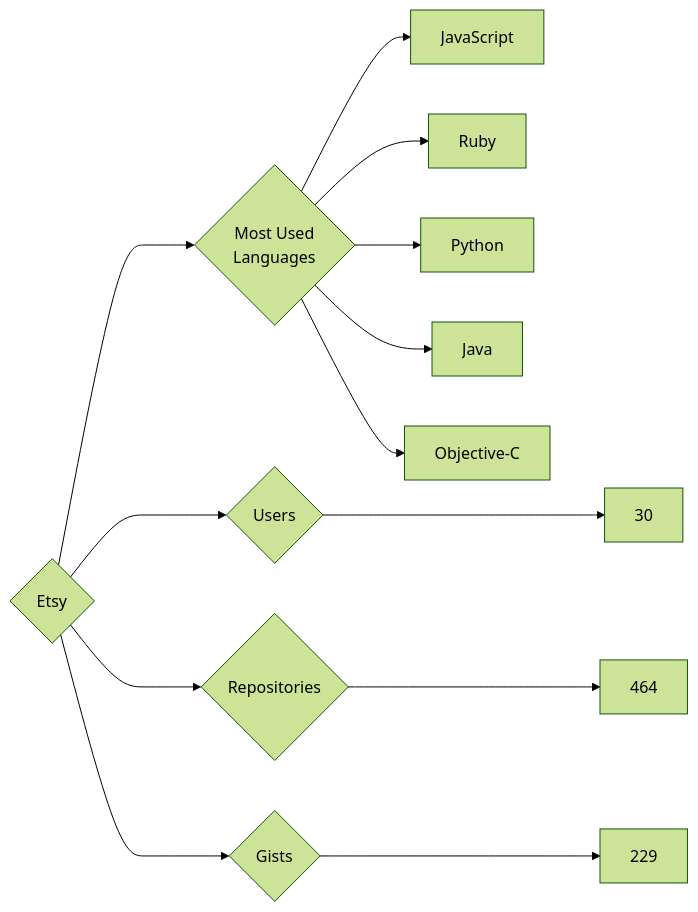
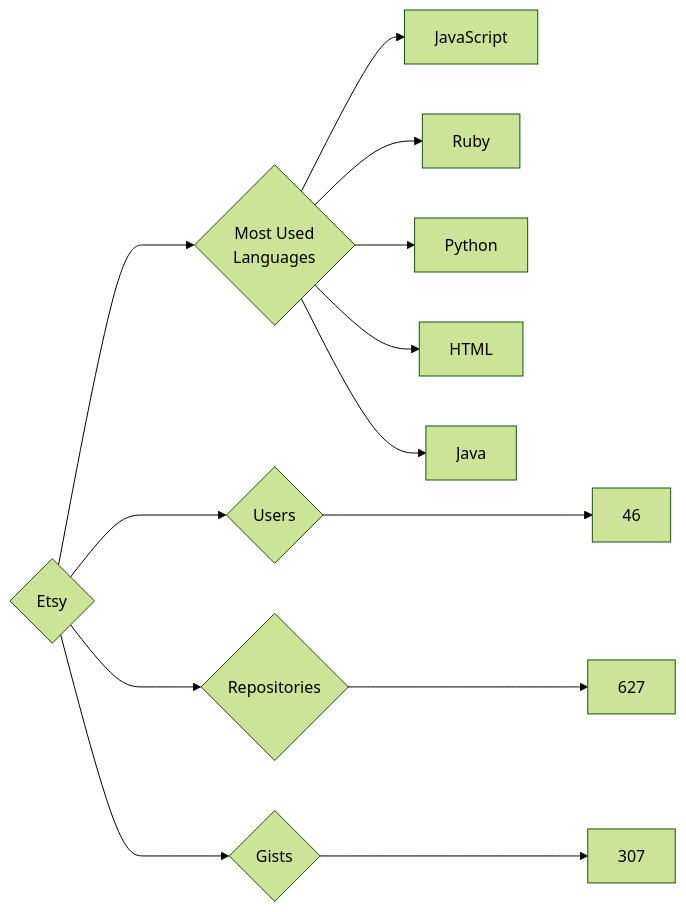
One commit to trickest/insiders changed the diagram in targets/Etsy/README.md. Above: the diagram before and after it, drawn with Mermaid (forest theme). The commit also changed 894 other files, not shown here.

````diff
--- a/targets/Etsy/README.md
+++ b/targets/Etsy/README.md
@@ -3,13 +3,13 @@
 ```mermaid
 graph LR
 COMPANY_NAME{Etsy}
-COMPANY_NAME ---> U{Users} ---> UN[30]
-COMPANY_NAME ---> R{Repositories} ---> RN[464]
-COMPANY_NAME ---> G{Gists} ---> GN[229]
+COMPANY_NAME ---> U{Users} ---> UN[46]
+COMPANY_NAME ---> R{Repositories} ---> RN[627]
+COMPANY_NAME ---> G{Gists} ---> GN[307]
 COMPANY_NAME ---> ML{Most Used<br>Languages}
 ML --> JavaScript[JavaScript]
 ML --> Ruby[Ruby]
 ML --> Python[Python]
+ML --> HTML[HTML]
 ML --> Java[Java]
-ML --> Objective-C[Objective-C]
 ```
````
